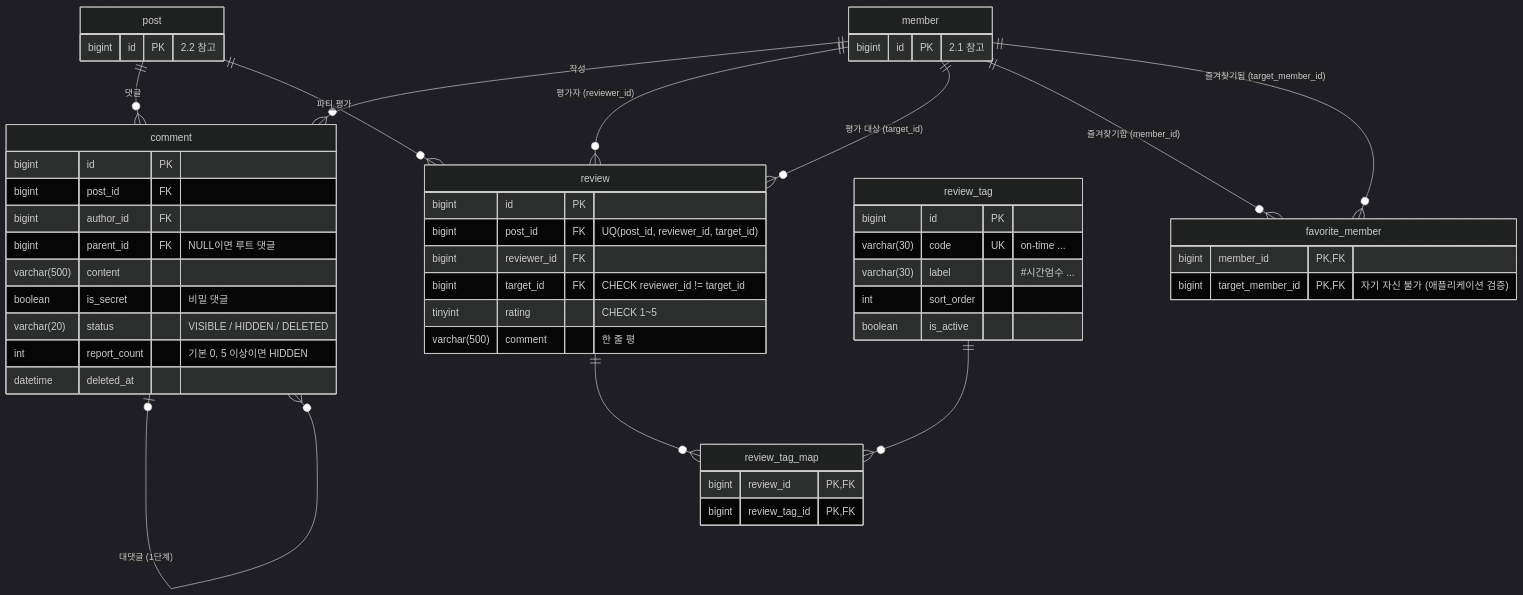
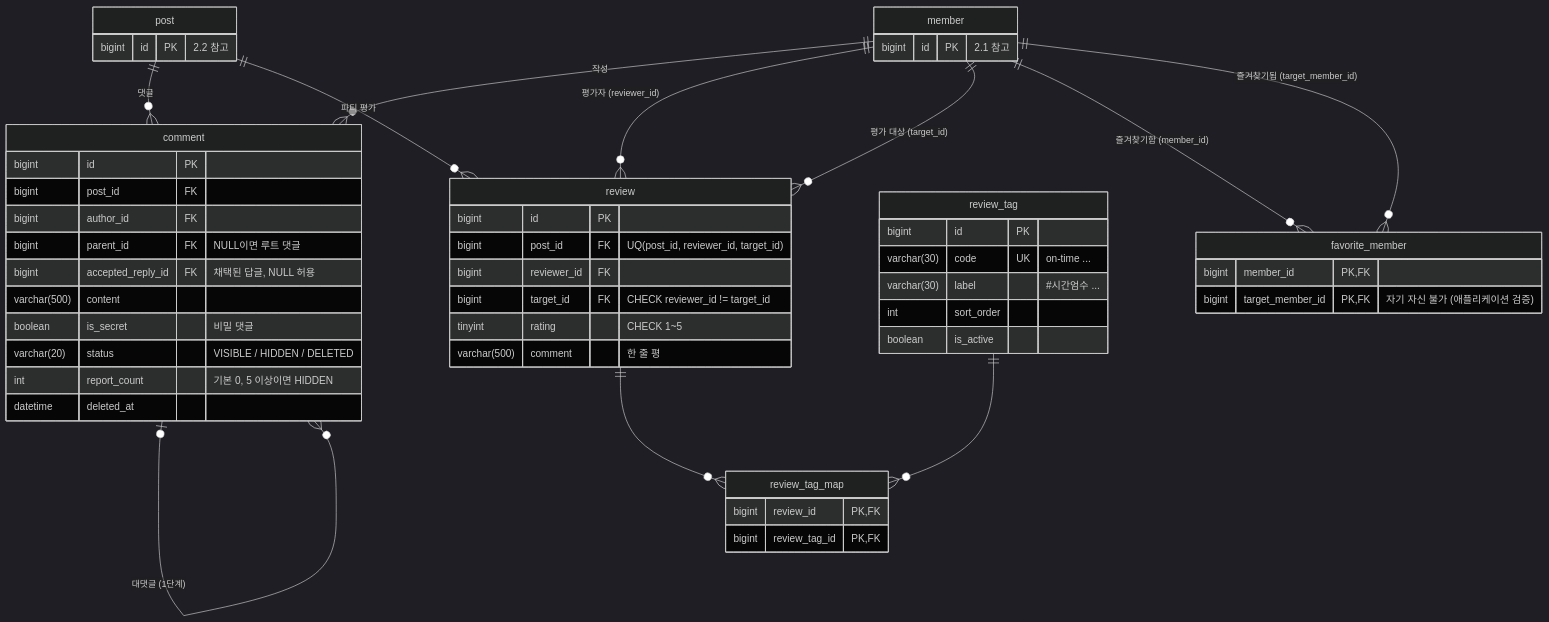
Before and after one commit to likelion-backendschool-11st/basic-project-2team: the fourth of 7 diagrams in docs/04-erd.md, drawn with Mermaid (dark theme). The commit also changed other lines of this file and 23 other files, not shown here.

````diff
--- a/docs/04-erd.md
+++ b/docs/04-erd.md
@@ -301,60 +301,61 @@
 ```mermaid
 erDiagram
     post ||--o{ comment : "댓글"
     member ||--o{ comment : "작성"
     comment |o--o{ comment : "대댓글 (1단계)"
     post ||--o{ review : "파티 평가"
     member ||--o{ review : "평가자 (reviewer_id)"
     member ||--o{ review : "평가 대상 (target_id)"
     review ||--o{ review_tag_map : ""
     review_tag ||--o{ review_tag_map : ""
     member ||--o{ favorite_member : "즐겨찾기함 (member_id)"
     member ||--o{ favorite_member : "즐겨찾기됨 (target_member_id)"
 
     comment {
         bigint id PK
         bigint post_id FK
         bigint author_id FK
         bigint parent_id FK "NULL이면 루트 댓글"
+        bigint accepted_reply_id FK "채택된 답글, NULL 허용"
         varchar(500) content
         boolean is_secret "비밀 댓글"
         varchar(20) status "VISIBLE / HIDDEN / DELETED"
         int report_count "기본 0, 5 이상이면 HIDDEN"
         datetime deleted_at
     }
 
     review {
         bigint id PK
         bigint post_id FK "UQ(post_id, reviewer_id, target_id)"
         bigint reviewer_id FK
         bigint target_id FK "CHECK reviewer_id != target_id"
         tinyint rating "CHECK 1~5"
         varchar(500) comment "한 줄 평"
     }
 
     review_tag {
         bigint id PK
         varchar(30) code UK "on-time ..."
         varchar(30) label "#시간엄수 ..."
         int sort_order
         boolean is_active
     }
 
     review_tag_map {
         bigint review_id PK, FK
         bigint review_tag_id PK, FK
     }
 
     favorite_member {
         bigint member_id PK, FK
         bigint target_member_id PK, FK "자기 자신 불가 (애플리케이션 검증)"
     }
 
     post {
         bigint id PK "2.2 참고"
     }
 
     member {
         bigint id PK "2.1 참고"
     }
 ```
````
